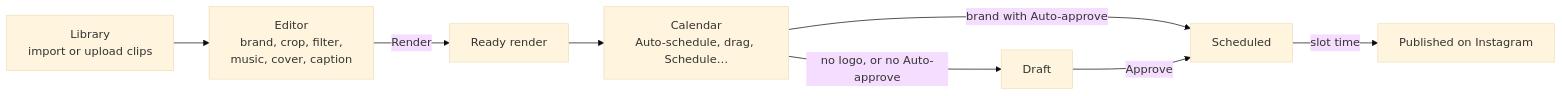
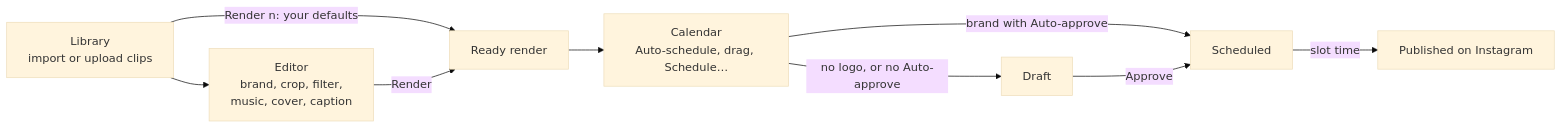
Before and after one commit to paramshah07/Marketing-and-Clipping-Platform: the second of 10 diagrams in docs/workflows.md, drawn with Mermaid (base theme). The commit also changed other lines of this file and 6 other files, not shown here.

First line of the commit message:
Library: Render n renders every ticked clip with your defaults

````diff
--- a/docs/workflows.md
+++ b/docs/workflows.md
@@ -75,10 +75,11 @@
 ```mermaid
 flowchart LR
   lib["Library<br/>import or upload clips"] --> ed["Editor<br/>brand, crop, filter,<br/>music, cover, caption"]
+  lib -->|"Render n: your defaults"| ready
   ed -->|Render| ready["Ready render"]
   ready --> cal["Calendar<br/>Auto-schedule, drag, Schedule…"]
   cal -->|"no logo, or no Auto-approve"| draft["Draft"]
   cal -->|"brand with Auto-approve"| sched["Scheduled"]
   draft -->|Approve| sched
   sched -->|"slot time"| pub["Published on Instagram"]
 ```
````
